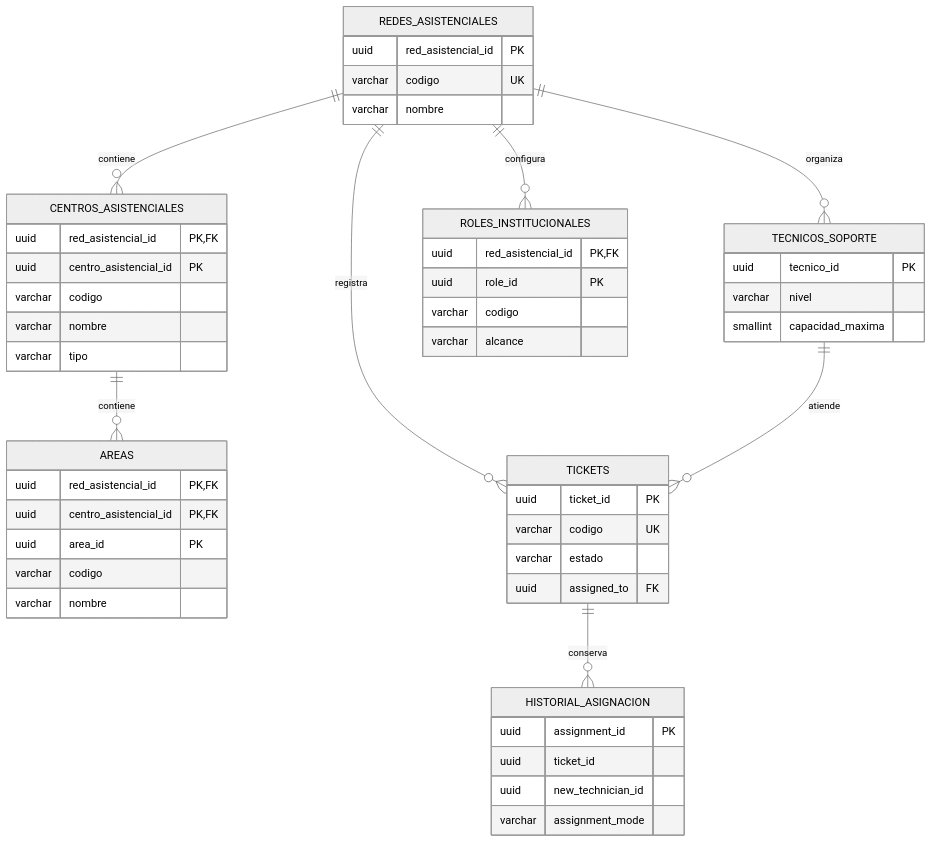
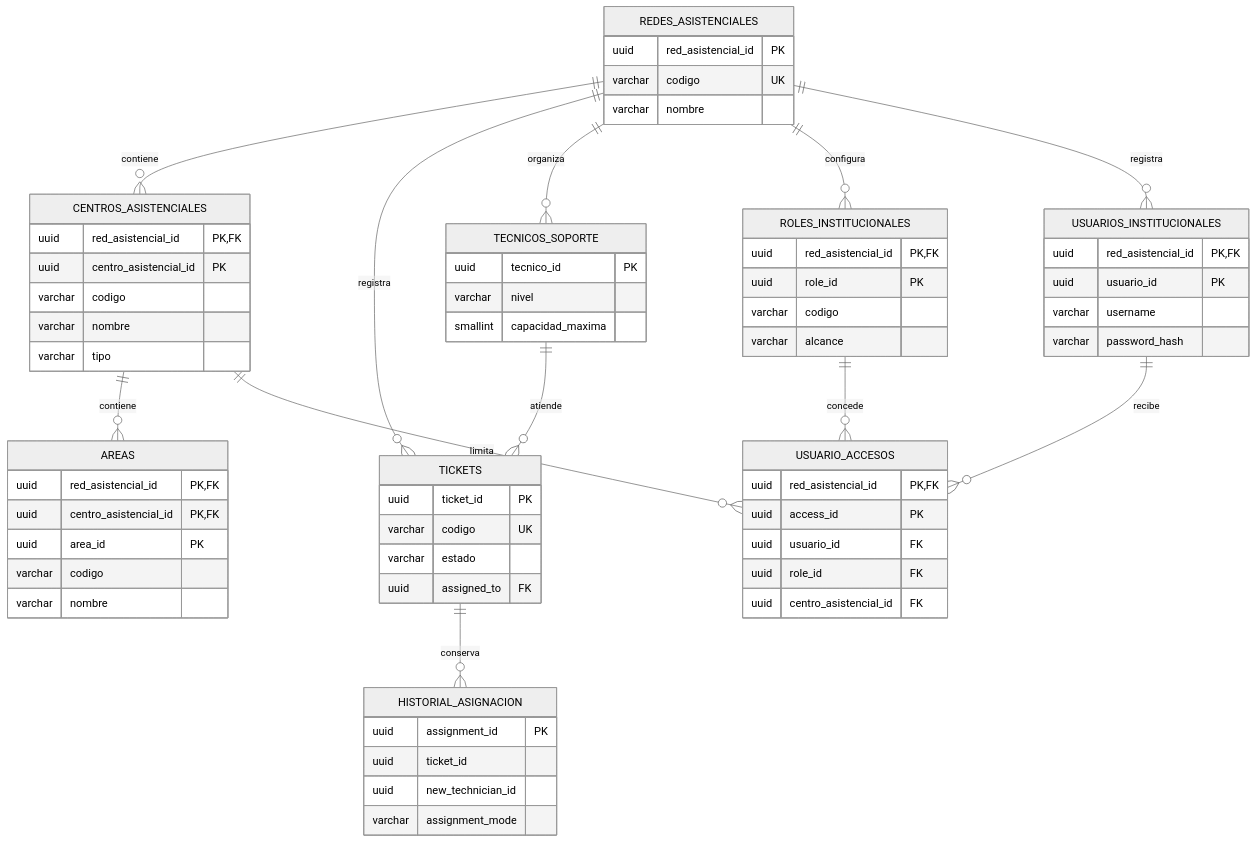
One commit to C-David28/essalud-ticket-system changed the second of 2 diagrams in README.md. Above: the diagram before and after it, drawn with Mermaid (neutral theme). The commit also changed other lines of this file and 70 other files, not shown here.

Commit message:
feat(auth): add role and site access control

````diff
--- a/README.md
+++ b/README.md
@@ -82,52 +85,69 @@
 ```mermaid
 erDiagram
   REDES_ASISTENCIALES ||--o{ CENTROS_ASISTENCIALES : contiene
   CENTROS_ASISTENCIALES ||--o{ AREAS : contiene
   REDES_ASISTENCIALES ||--o{ TICKETS : registra
   REDES_ASISTENCIALES ||--o{ TECNICOS_SOPORTE : organiza
   REDES_ASISTENCIALES ||--o{ ROLES_INSTITUCIONALES : configura
+  REDES_ASISTENCIALES ||--o{ USUARIOS_INSTITUCIONALES : registra
+  USUARIOS_INSTITUCIONALES ||--o{ USUARIO_ACCESOS : recibe
+  ROLES_INSTITUCIONALES ||--o{ USUARIO_ACCESOS : concede
+  CENTROS_ASISTENCIALES ||--o{ USUARIO_ACCESOS : limita
   TECNICOS_SOPORTE ||--o{ TICKETS : atiende
   TICKETS ||--o{ HISTORIAL_ASIGNACION : conserva
   REDES_ASISTENCIALES {
     uuid red_asistencial_id PK
     varchar codigo UK
     varchar nombre
   }
   CENTROS_ASISTENCIALES {
     uuid red_asistencial_id PK,FK
     uuid centro_asistencial_id PK
     varchar codigo
     varchar nombre
     varchar tipo
   }
   AREAS {
     uuid red_asistencial_id PK,FK
     uuid centro_asistencial_id PK,FK
     uuid area_id PK
     varchar codigo
     varchar nombre
   }
   TICKETS {
     uuid ticket_id PK
     varchar codigo UK
     varchar estado
     uuid assigned_to FK
   }
   TECNICOS_SOPORTE {
     uuid tecnico_id PK
     varchar nivel
     smallint capacidad_maxima
   }
   ROLES_INSTITUCIONALES {
     uuid red_asistencial_id PK,FK
     uuid role_id PK
     varchar codigo
     varchar alcance
   }
+  USUARIOS_INSTITUCIONALES {
+    uuid red_asistencial_id PK,FK
+    uuid usuario_id PK
+    varchar username
+    varchar password_hash
+  }
+  USUARIO_ACCESOS {
+    uuid red_asistencial_id PK,FK
+    uuid access_id PK
+    uuid usuario_id FK
+    uuid role_id FK
+    uuid centro_asistencial_id FK
+  }
   HISTORIAL_ASIGNACION {
     uuid assignment_id PK
     uuid ticket_id
     uuid new_technician_id
     varchar assignment_mode
   }
 ```
````
